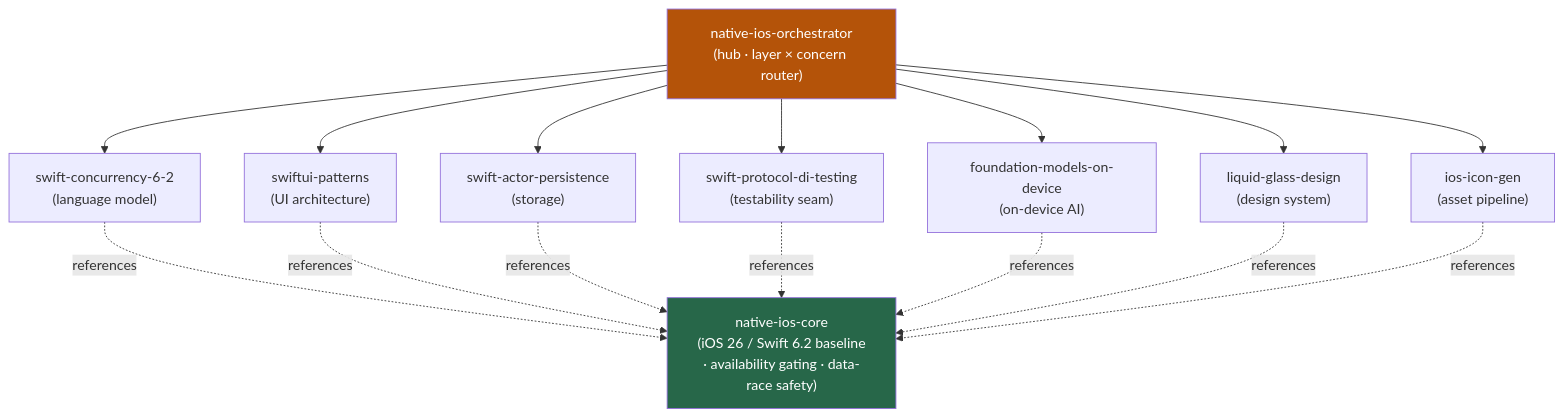
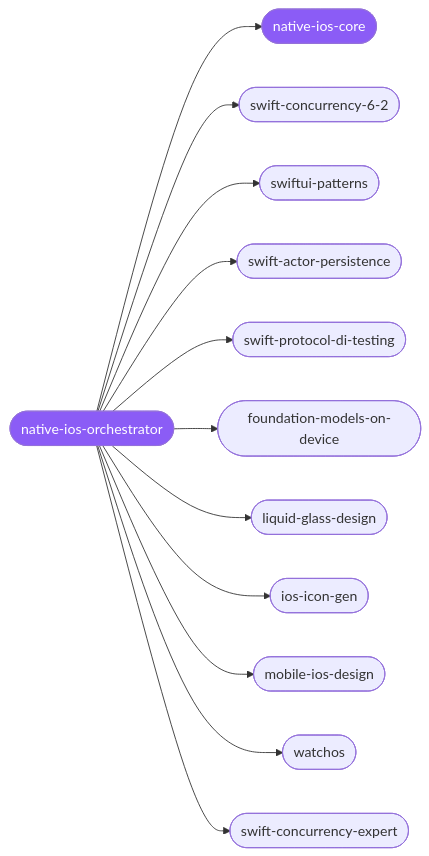
The diagram in clusters/native-ios/README.md (Sheshiyer/skill-clusters), drawn with Mermaid before and after one commit. The commit also changed other lines of this file and 44 other files, not shown here.

````diff
--- a/clusters/native-ios/README.md
+++ b/clusters/native-ios/README.md
@@ -31,21 +18,15 @@
 ```mermaid
-graph TD
-    O["native-ios-orchestrator<br/>(hub · layer × concern router)"]
-    O --> LANG["swift-concurrency-6-2<br/>(language model)"]
-    O --> UI["swiftui-patterns<br/>(UI architecture)"]
-    O --> STORE["swift-actor-persistence<br/>(storage)"]
-    O --> TEST["swift-protocol-di-testing<br/>(testability seam)"]
-    O --> AI["foundation-models-on-device<br/>(on-device AI)"]
-    O --> GLASS["liquid-glass-design<br/>(design system)"]
-    O --> ICON["ios-icon-gen<br/>(asset pipeline)"]
-    LANG -. references .-> C["native-ios-core<br/>(iOS 26 / Swift 6.2 baseline<br/>· availability gating · data-race safety)"]
-    UI -. references .-> C
-    STORE -. references .-> C
-    TEST -. references .-> C
-    AI -. references .-> C
-    GLASS -. references .-> C
-    ICON -. references .-> C
-
-    style O fill:#b45309,color:#fff
-    style C fill:#276749,color:#fff
+graph LR
+  o([native-ios-orchestrator]):::hub --> c([native-ios-core]):::hub
+  o --> s1([swift-concurrency-6-2])
+  o --> s2([swiftui-patterns])
+  o --> s3([swift-actor-persistence])
+  o --> s4([swift-protocol-di-testing])
+  o --> s5([foundation-models-on-device])
+  o --> s6([liquid-glass-design])
+  o --> s7([ios-icon-gen])
+  o --> s8([mobile-ios-design])
+  o --> s9([watchos])
+  o --> s10([swift-concurrency-expert])
+  classDef hub fill:#8b5cf6,color:#fff;
 ```
````
